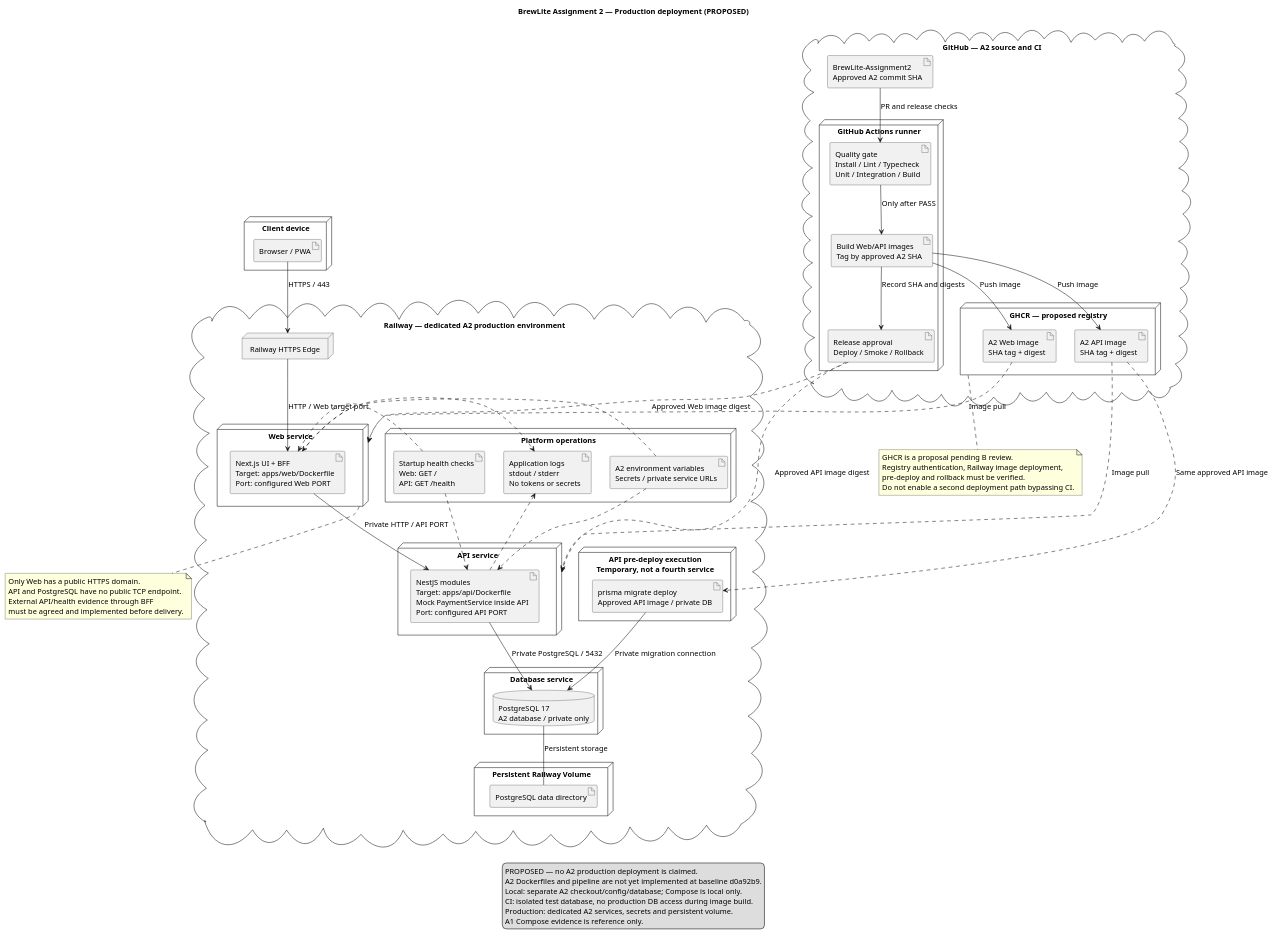
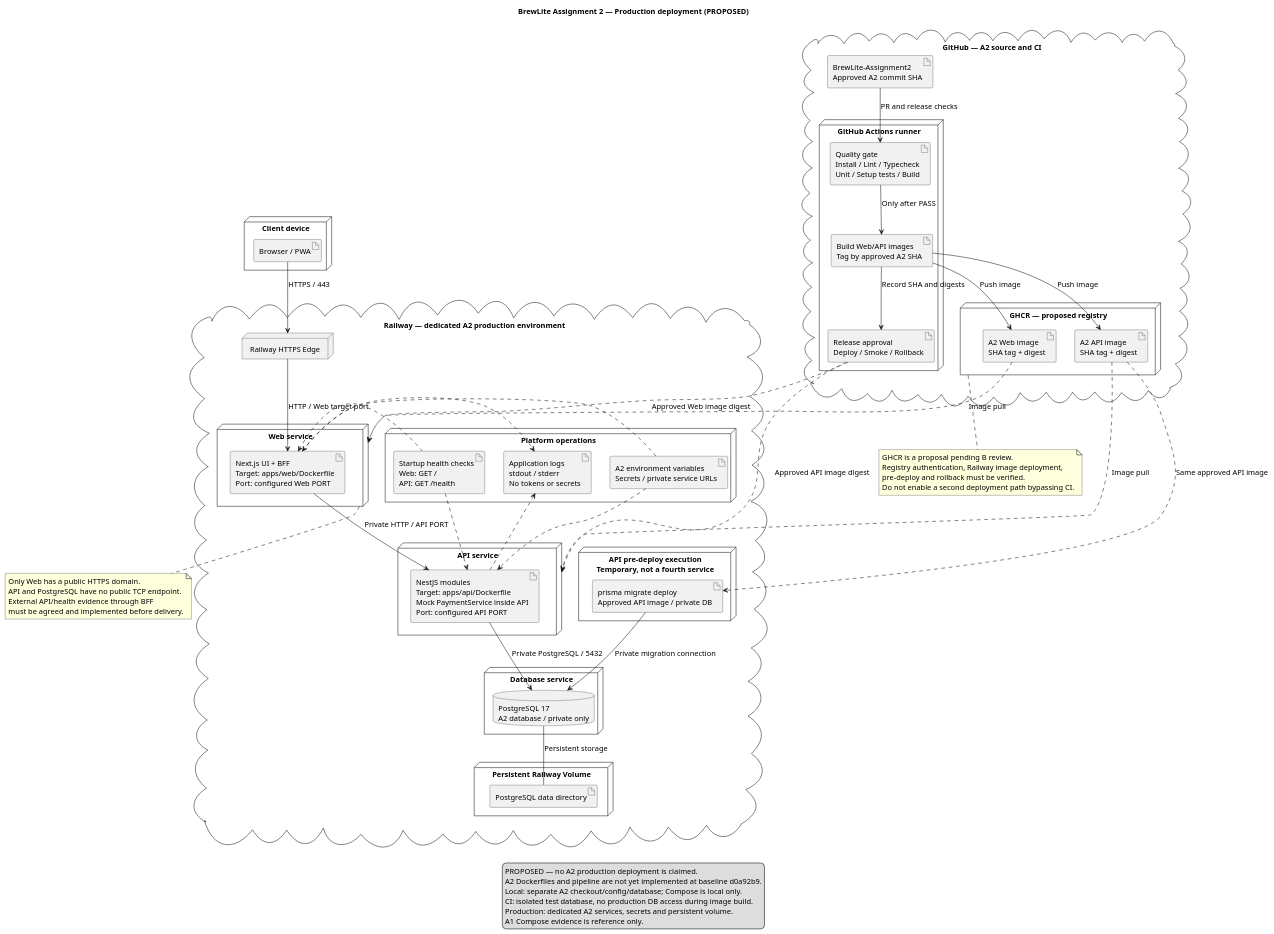
The diagram in docs/assignment2/deployment-production.puml (giabaot400-boop/BrewLite-Assignment2), drawn with PlantUML before and after one commit. The commit also changed 2 other files, not shown here.

Commit message:
docs(a2): align deployment quality gate with current CI

```diff
--- a/docs/assignment2/deployment-production.puml
+++ b/docs/assignment2/deployment-production.puml
@@ -1,105 +1,105 @@
 @startuml
 title BrewLite Assignment 2 — Production deployment (PROPOSED)
 top to bottom direction
 skinparam componentStyle uml2
 skinparam defaultFontSize 14
 skinparam nodesep 35
 skinparam ranksep 45
 
 node "Client device" {
   artifact "Browser / PWA" as browser
 }
 
 cloud "GitHub — A2 source and CI" {
   artifact "BrewLite-Assignment2\nApproved A2 commit SHA" as repo
 
   node "GitHub Actions runner" {
-    artifact "Quality gate\nInstall / Lint / Typecheck\nUnit / Integration / Build" as gate
+    artifact "Quality gate\nInstall / Lint / Typecheck\nUnit / Setup tests / Build" as gate
     artifact "Build Web/API images\nTag by approved A2 SHA" as build
     artifact "Release approval\nDeploy / Smoke / Rollback" as cd
   }
 
   node "GHCR — proposed registry" as registry {
     artifact "A2 Web image\nSHA tag + digest" as webImage
     artifact "A2 API image\nSHA tag + digest" as apiImage
   }
 }
 
 cloud "Railway — dedicated A2 production environment" {
   node "Railway HTTPS Edge" as edge
 
   node "Web service" as web {
     artifact "Next.js UI + BFF\nTarget: apps/web/Dockerfile\nPort: configured Web PORT" as next
   }
 
   node "API service" as api {
     artifact "NestJS modules\nTarget: apps/api/Dockerfile\nMock PaymentService inside API\nPort: configured API PORT" as nest
   }
 
   node "Database service" {
     database "PostgreSQL 17\nA2 database / private only" as pg
   }
 
   node "Persistent Railway Volume" {
     artifact "PostgreSQL data directory" as data
   }
 
   node "API pre-deploy execution\nTemporary, not a fourth service" {
     artifact "prisma migrate deploy\nApproved API image / private DB" as migrate
   }
 
   node "Platform operations" {
     artifact "A2 environment variables\nSecrets / private service URLs" as config
     artifact "Startup health checks\nWeb: GET /\nAPI: GET /health" as health
     artifact "Application logs\nstdout / stderr\nNo tokens or secrets" as logs
   }
 }
 
 browser --> edge : HTTPS / 443
 edge --> next : HTTP / Web target port
 next --> nest : Private HTTP / API PORT
 nest --> pg : Private PostgreSQL / 5432
 pg -- data : Persistent storage
 
 repo --> gate : PR and release checks
 gate --> build : Only after PASS
 build --> webImage : Push image
 build --> apiImage : Push image
 build --> cd : Record SHA and digests
 cd ..> web : Approved Web image digest
 cd ..> api : Approved API image digest
 webImage ..> web : Image pull
 apiImage ..> api : Image pull
 apiImage ..> migrate : Same approved API image
 migrate --> pg : Private migration connection
 
 config ..> next
 config ..> nest
 health ..> next
 health ..> nest
 next ..> logs
 nest ..> logs
 
 note bottom of registry
 GHCR is a proposal pending B review.
 Registry authentication, Railway image deployment,
 pre-deploy and rollback must be verified.
 Do not enable a second deployment path bypassing CI.
 end note
 
 note bottom of web
 Only Web has a public HTTPS domain.
 API and PostgreSQL have no public TCP endpoint.
 External API/health evidence through BFF
 must be agreed and implemented before delivery.
 end note
 
 legend bottom
 PROPOSED — no A2 production deployment is claimed.
 A2 Dockerfiles and pipeline are not yet implemented at baseline d0a92b9.
 Local: separate A2 checkout/config/database; Compose is local only.
 CI: isolated test database, no production DB access during image build.
 Production: dedicated A2 services, secrets and persistent volume.
 A1 Compose evidence is reference only.
 endlegend
 @enduml
```
